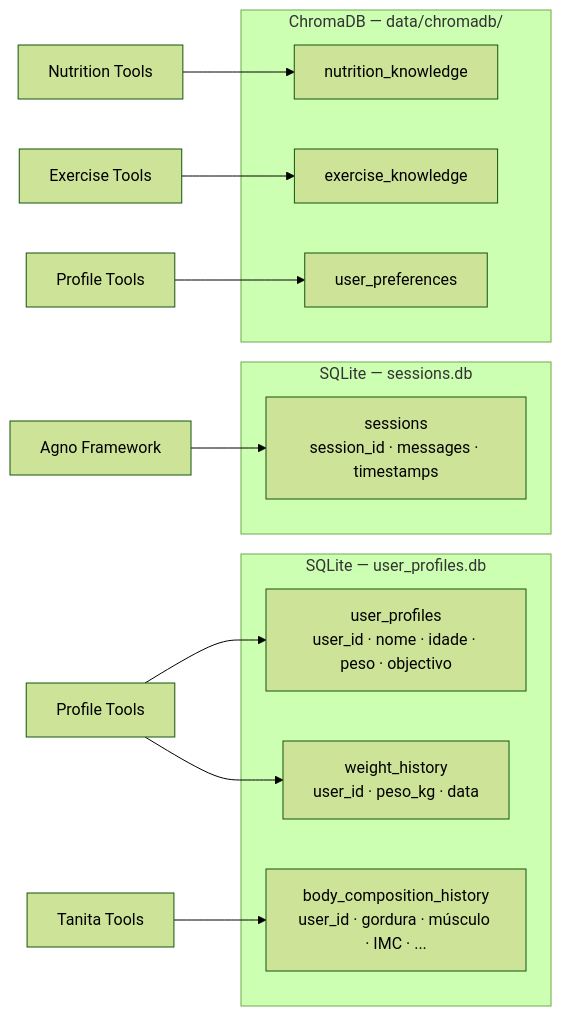
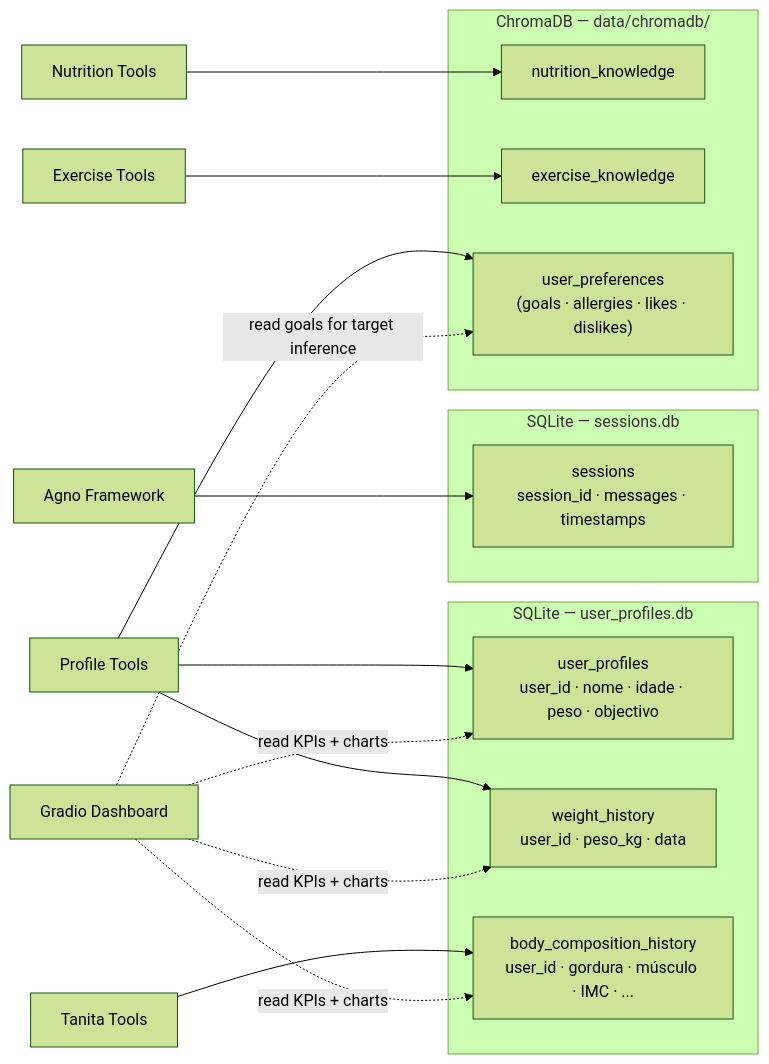
Before and after one commit to brunomigueldasilva/my-health-assistant: the fifth of 6 diagrams in ARCHITECTURE.md, drawn with Mermaid (forest theme). The commit also changed other lines of this file and 7 other files, not shown here.

First line of the commit message:
Add goals dashboard to gradio UI.

````diff
--- a/ARCHITECTURE.md
+++ b/ARCHITECTURE.md
@@ -173,25 +177,28 @@
 ```mermaid
 graph LR
     subgraph sqliteProfiles["SQLite — user_profiles.db"]
         UP["user_profiles\nuser_id · nome · idade · peso · objectivo"]
         WH["weight_history\nuser_id · peso_kg · data"]
         BC["body_composition_history\nuser_id · gordura · músculo · IMC · ..."]
     end
 
     subgraph sqliteSessions["SQLite — sessions.db"]
         SS["sessions\nsession_id · messages · timestamps"]
     end
 
     subgraph chromadb["ChromaDB — data/chromadb/"]
         NK["nutrition_knowledge"]
         EK["exercise_knowledge"]
-        UP2["user_preferences"]
+        UP2["user_preferences\n(goals · allergies · likes · dislikes)"]
     end
 
     PT["Profile Tools"] --> UP & WH
+    PT --> UP2
     TT["Tanita Tools"] --> BC
     AG["Agno Framework"] --> SS
     NT["Nutrition Tools"] --> NK
     ET["Exercise Tools"] --> EK
-    PT2["Profile Tools"] --> UP2
+
+    GR["Gradio Dashboard"] -.->|read KPIs + charts| UP & WH & BC
+    GR -.->|read goals for target inference| UP2
 ```
````
